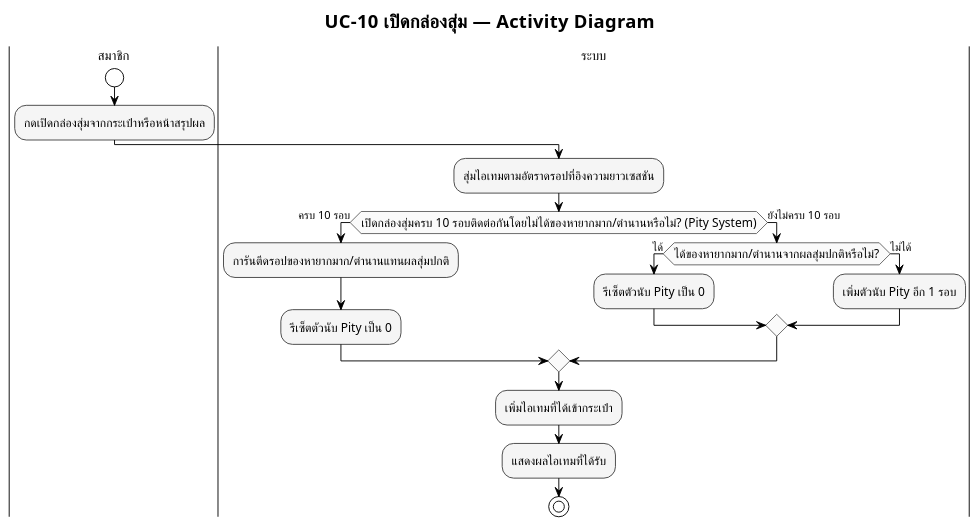
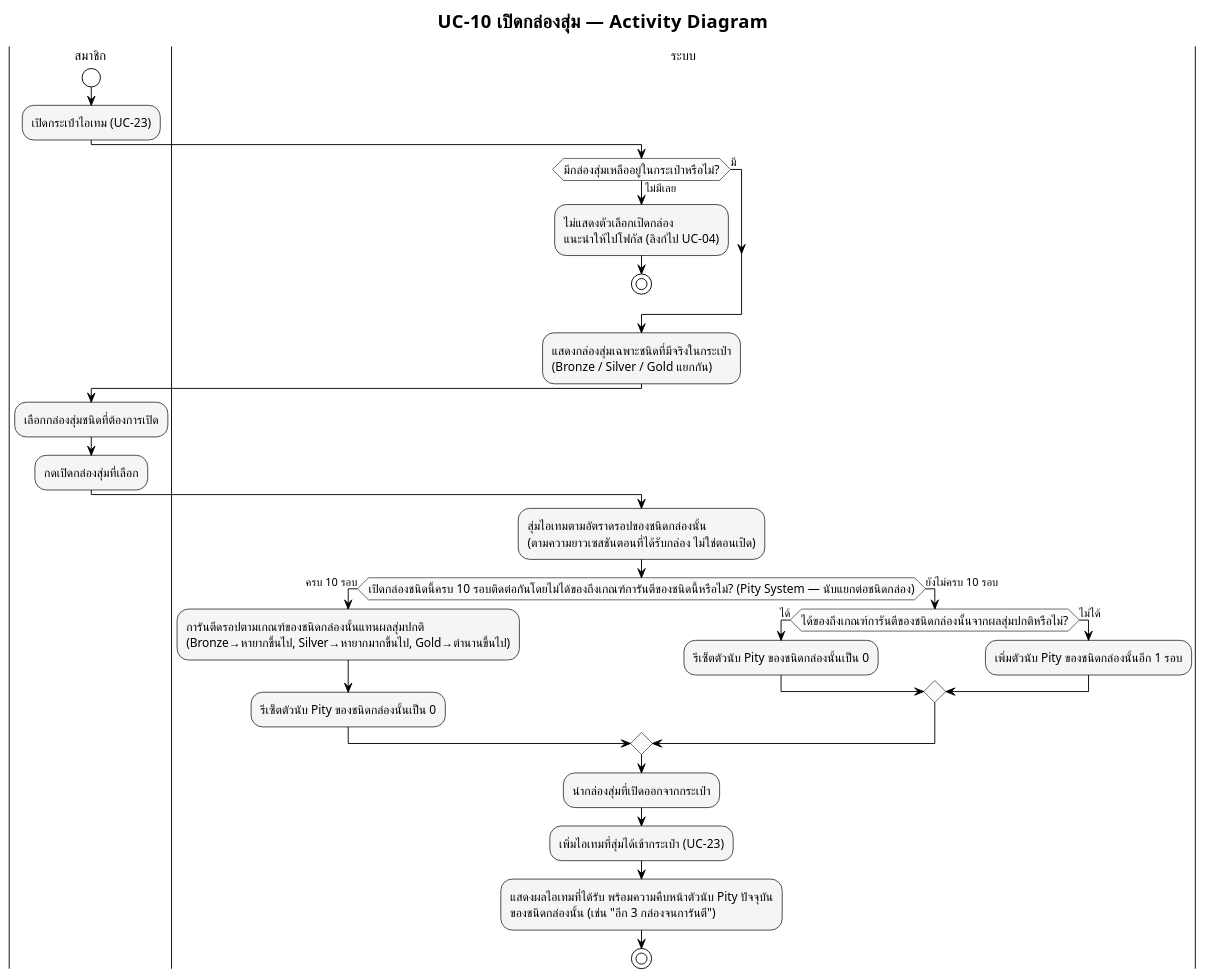
One commit to popotaroman-cloud/dssiprj-pad changed the diagram in proposal/usecase/activity_module3_uc10.puml. Above: the diagram before and after it, drawn with PlantUML. The commit also changed 34 other files, not shown here.

```diff
--- a/proposal/usecase/activity_module3_uc10.puml
+++ b/proposal/usecase/activity_module3_uc10.puml
@@ -1,49 +1,62 @@
 @startuml M3_activity_เปิดกล่องสุ่ม
 !pragma layout smetana
 skinparam defaultFontName "TH Sarabun New"
 skinparam defaultFontSize 14
 
 !theme plain
 skinparam titleFontName "TH Sarabun New"
 skinparam titleFontSize 20
 skinparam noteFontName "TH Sarabun New"
 skinparam ArrowFontName "TH Sarabun New"
 skinparam ArrowFontSize 12
 skinparam swimlaneTitleFontName "TH Sarabun New"
 skinparam swimlaneTitleFontSize 14
 
 skinparam activity {
   BackgroundColor #F5F5F5
   BorderColor #424242
   FontName "TH Sarabun New"
   FontSize 13
   DiamondBackgroundColor #FAFAFA
   DiamondBorderColor #616161
 }
 
 title UC-10 เปิดกล่องสุ่ม — Activity Diagram
 
 |สมาชิก|
 start
-:กดเปิดกล่องสุ่มจากกระเป๋าหรือหน้าสรุปผล;
+:เปิดกระเป๋าไอเทม (UC-23);
 
 |ระบบ|
-:สุ่มไอเทมตามอัตราดรอปที่อิงความยาวเซสชัน;
+if (มีกล่องสุ่มเหลืออยู่ในกระเป๋าหรือไม่?) then (ไม่มีเลย)
+  :ไม่แสดงตัวเลือกเปิดกล่อง\nแนะนำให้ไปโฟกัส (ลิงก์ไป UC-04);
+  stop
+else (มี)
+endif
+:แสดงกล่องสุ่มเฉพาะชนิดที่มีจริงในกระเป๋า\n(Bronze / Silver / Gold แยกกัน);
 
-if (เปิดกล่องสุ่มครบ 10 รอบติดต่อกันโดยไม่ได้ของหายากมาก/ตำนานหรือไม่? (Pity System)) then (ครบ 10 รอบ)
-  :การันตีดรอปของหายากมาก/ตำนานแทนผลสุ่มปกติ;
-  :รีเซ็ตตัวนับ Pity เป็น 0;
+|สมาชิก|
+:เลือกกล่องสุ่มชนิดที่ต้องการเปิด;
+:กดเปิดกล่องสุ่มที่เลือก;
+
+|ระบบ|
+:สุ่มไอเทมตามอัตราดรอปของชนิดกล่องนั้น\n(ตามความยาวเซสชันตอนที่ได้รับกล่อง ไม่ใช่ตอนเปิด);
+
+if (เปิดกล่องชนิดนี้ครบ 10 รอบติดต่อกันโดยไม่ได้ของถึงเกณฑ์การันตีของชนิดนี้หรือไม่? (Pity System — นับแยกต่อชนิดกล่อง)) then (ครบ 10 รอบ)
+  :การันตีดรอปตามเกณฑ์ของชนิดกล่องนั้นแทนผลสุ่มปกติ\n(Bronze→หายากขึ้นไป, Silver→หายากมากขึ้นไป, Gold→ตำนานขึ้นไป);
+  :รีเซ็ตตัวนับ Pity ของชนิดกล่องนั้นเป็น 0;
 else (ยังไม่ครบ 10 รอบ)
-  if (ได้ของหายากมาก/ตำนานจากผลสุ่มปกติหรือไม่?) then (ได้)
-    :รีเซ็ตตัวนับ Pity เป็น 0;
+  if (ได้ของถึงเกณฑ์การันตีของชนิดกล่องนั้นจากผลสุ่มปกติหรือไม่?) then (ได้)
+    :รีเซ็ตตัวนับ Pity ของชนิดกล่องนั้นเป็น 0;
   else (ไม่ได้)
-    :เพิ่มตัวนับ Pity อีก 1 รอบ;
+    :เพิ่มตัวนับ Pity ของชนิดกล่องนั้นอีก 1 รอบ;
   endif
 endif
 
-:เพิ่มไอเทมที่ได้เข้ากระเป๋า;
-:แสดงผลไอเทมที่ได้รับ;
+:นำกล่องสุ่มที่เปิดออกจากกระเป๋า;
+:เพิ่มไอเทมที่สุ่มได้เข้ากระเป๋า (UC-23);
+:แสดงผลไอเทมที่ได้รับ พร้อมความคืบหน้าตัวนับ Pity ปัจจุบัน\nของชนิดกล่องนั้น (เช่น "อีก 3 กล่องจนการันตี");
 
 stop
 
 @enduml
```
